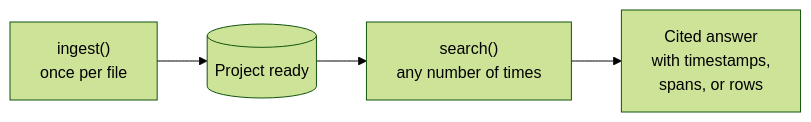
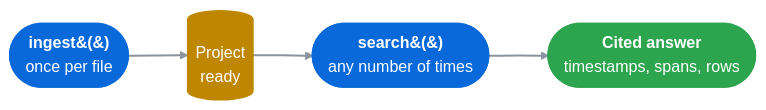
Before and after one commit to Kurious-AI/getting-started: the second of 2 diagrams in README.md, drawn with Mermaid (forest theme). The commit also changed other lines of this file, not shown here.

Commit message:
Restyle Mermaid flowcharts with rounded nodes + color, simplify collapse summaries

````diff
--- a/README.md
+++ b/README.md
@@ -396,6 +409,18 @@
 ```mermaid
+%%{init: {'flowchart': {'curve': 'basis', 'nodeSpacing': 40, 'rankSpacing': 60}}}%%
 flowchart LR
-    A["ingest()<br/>once per file"] --> B[(Project ready)]
-    B --> C["search()<br/>any number of times"]
-    C --> D[Cited answer<br/>with timestamps,<br/>spans, or rows]
+    A(["<b>ingest&#40;&#41;</b><br/>once per file"])
+    B[("Project<br/>ready")]
+    C(["<b>search&#40;&#41;</b><br/>any number of times"])
+    D(["<b>Cited answer</b><br/>timestamps, spans, rows"])
+
+    A --> B --> C --> D
+
+    classDef cmd fill:#0969da,stroke:#0969da,color:#ffffff,stroke-width:2px
+    classDef state fill:#bf8700,stroke:#bf8700,color:#ffffff,stroke-width:2px
+    classDef result fill:#2da44e,stroke:#2da44e,color:#ffffff,stroke-width:2px
+    class A,C cmd
+    class B state
+    class D result
+    linkStyle default stroke:#8b949e,stroke-width:2px
 ```
````
